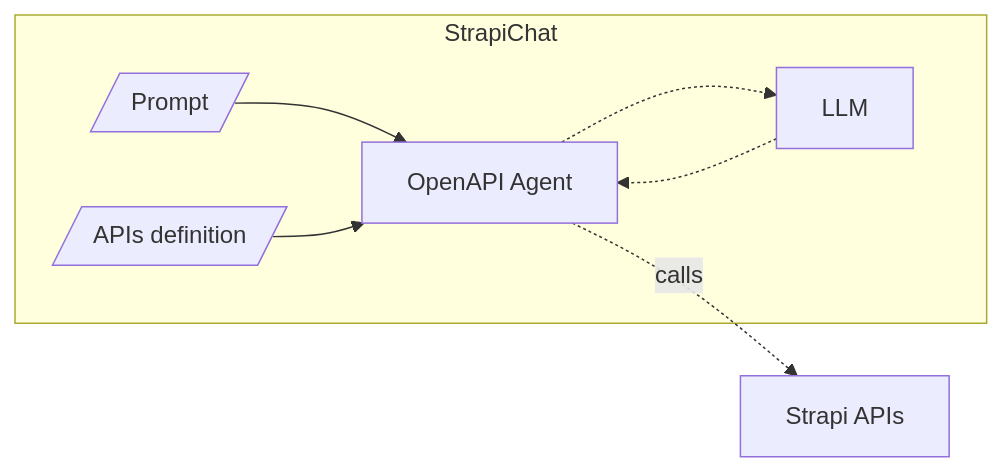
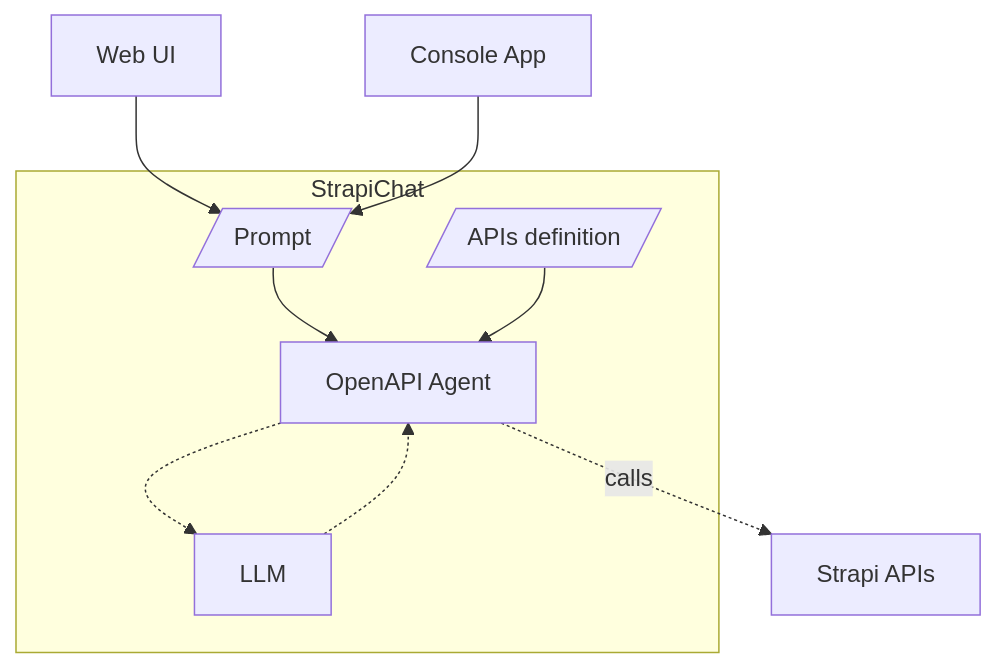
Before and after one commit to alallaqi/poc-strapi-chat: the first of 4 diagrams in README.md, drawn with Mermaid. The commit also changed other lines of this file and 5 other files, not shown here.

````diff
--- a/README.md
+++ b/README.md
@@ -39,9 +37,11 @@
 ```mermaid
-graph LR
+graph TD
+    WU[Web UI] --> P
+    CA[Console App] --> P
     subgraph StrapiChat
       P[/Prompt/] --> LC["OpenAPI Agent"]
       AD[/APIs definition/] --> LC
       LC -.-> LLM[LLM] -.-> LC
     end
     LC -.-> |calls|SA[Strapi APIs]
 ```
````
